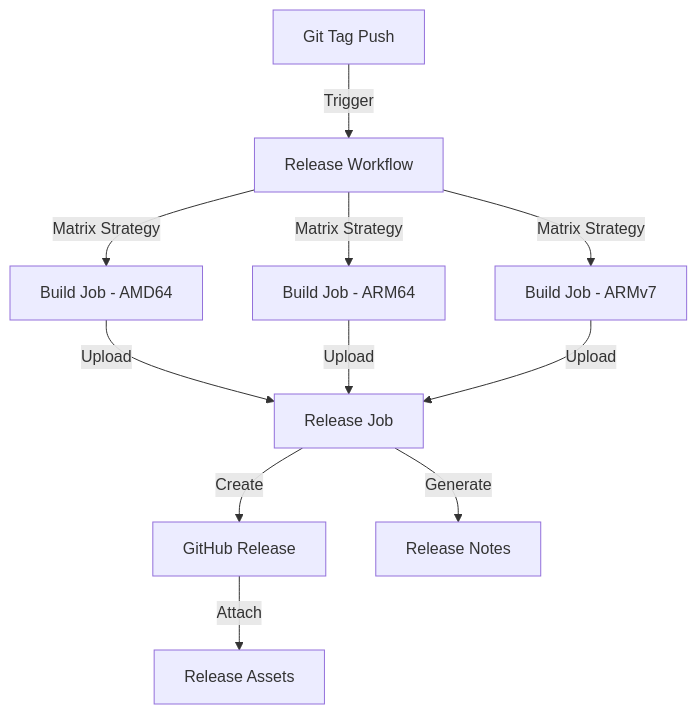
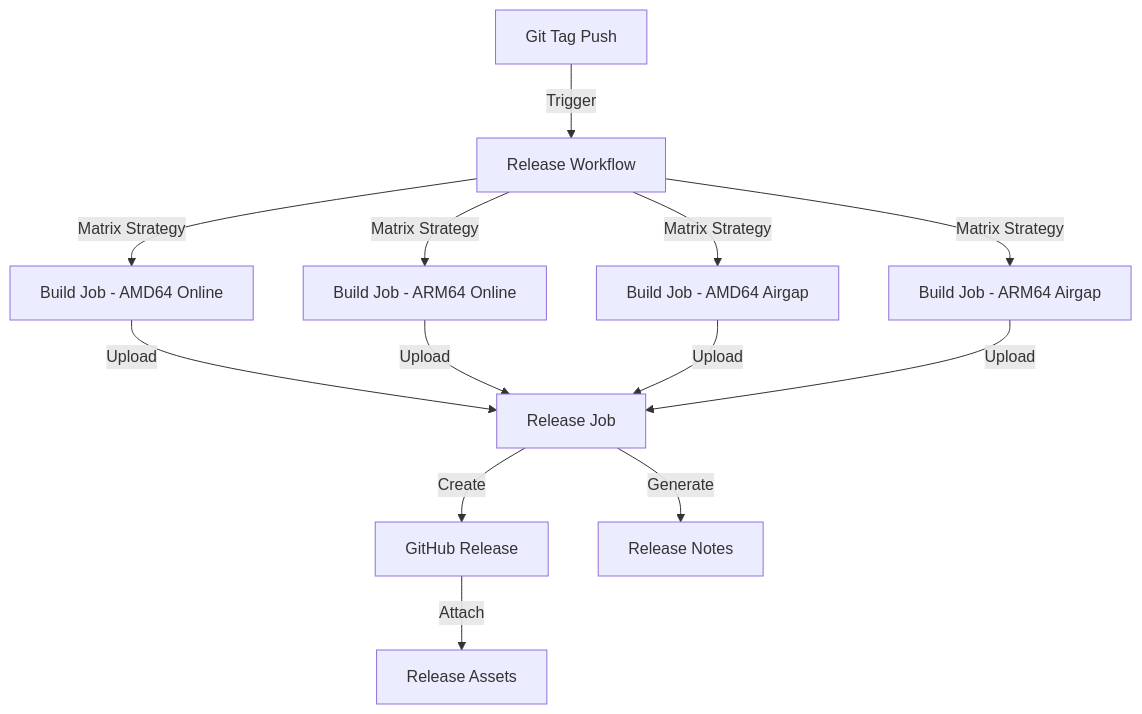
One commit to belgaied2/k0rdentd changed the diagram in docs/FEATURE_GitHub_Action_Release.md. Above: the diagram before and after it, drawn with Mermaid. The commit also changed other lines of this file and 1 other file, not shown here.

Commit message:
Updated release GH Action for Airgap builds

````diff
--- a/docs/FEATURE_GitHub_Action_Release.md
+++ b/docs/FEATURE_GitHub_Action_Release.md
@@ -16,13 +31,15 @@
 ```mermaid
 graph TD
     A[Git Tag Push] -->|Trigger| B[Release Workflow]
-    B -->|Matrix Strategy| C[Build Job - AMD64]
-    B -->|Matrix Strategy| D[Build Job - ARM64]
-    B -->|Matrix Strategy| E[Build Job - ARMv7]
-    C -->|Upload| F[Release Job]
-    D -->|Upload| F
-    E -->|Upload| F
+    B -->|Matrix Strategy| C1[Build Job - AMD64 Online]
+    B -->|Matrix Strategy| C2[Build Job - ARM64 Online]
+    B -->|Matrix Strategy| D1[Build Job - AMD64 Airgap]
+    B -->|Matrix Strategy| D2[Build Job - ARM64 Airgap]
+    C1 -->|Upload| F[Release Job]
+    C2 -->|Upload| F
+    D1 -->|Upload| F
+    D2 -->|Upload| F
     F -->|Create| G[GitHub Release]
     F -->|Generate| H[Release Notes]
     G -->|Attach| I[Release Assets]
 ```
````
